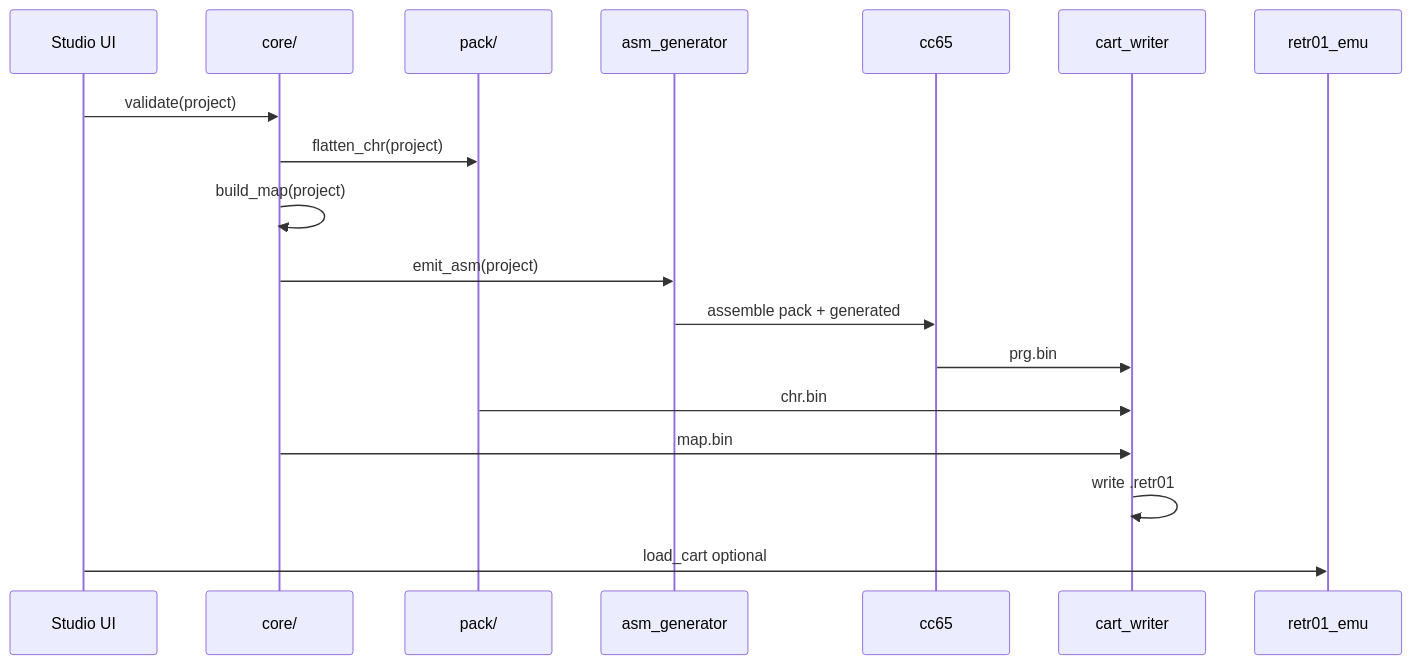
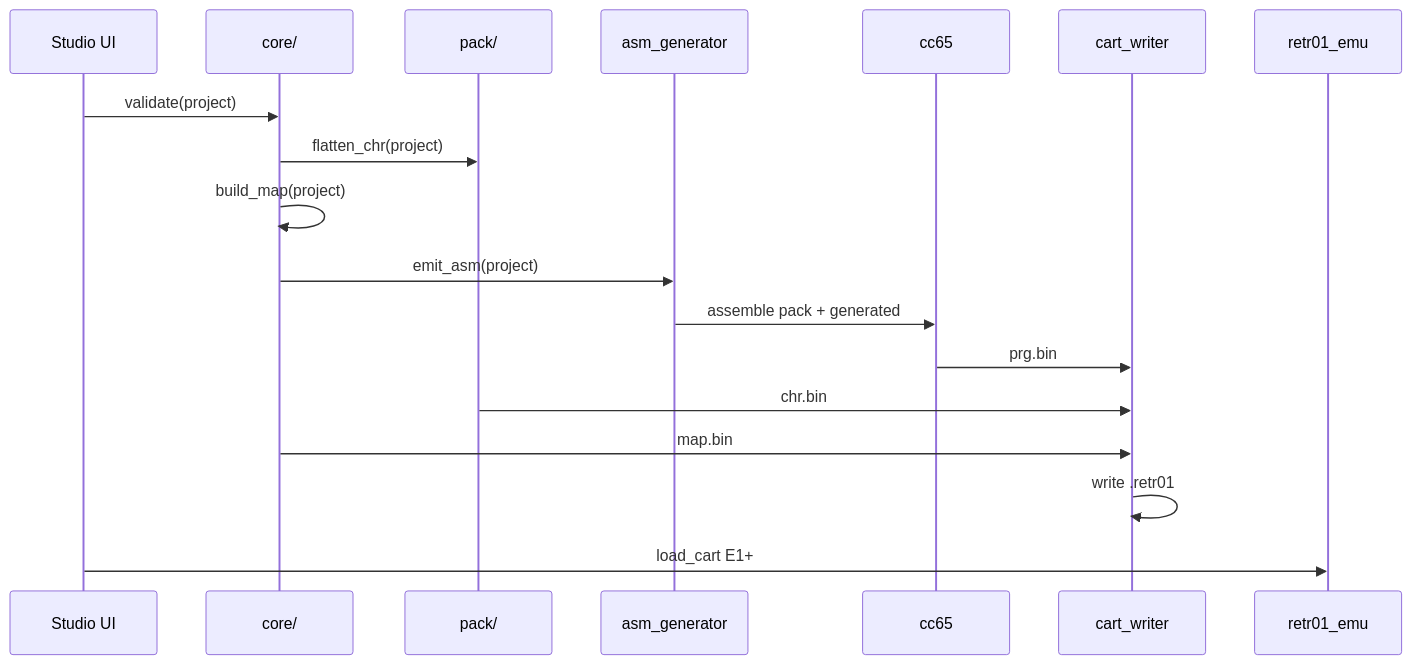
One commit to gustavostuff/retr01 changed the second of 2 diagrams in retr01_world_studio/planning/07_build_pipeline.md. Above: the diagram before and after it, drawn with Mermaid. The commit also changed other lines of this file and 7 other files, not shown here.

````diff
--- a/retr01_world_studio/planning/07_build_pipeline.md
+++ b/retr01_world_studio/planning/07_build_pipeline.md
@@ -36,21 +74,21 @@
 ```mermaid
 sequenceDiagram
   participant UI as Studio UI
   participant Core as core/
   participant Pack as pack/
   participant Gen as asm_generator
   participant CC65 as cc65
   participant Cart as cart_writer
   participant Emu as retr01_emu
 
   UI->>Core: validate(project)
   Core->>Pack: flatten_chr(project)
   Core->>Core: build_map(project)
   Core->>Gen: emit_asm(project)
   Gen->>CC65: assemble pack + generated
   CC65->>Cart: prg.bin
   Pack->>Cart: chr.bin
   Core->>Cart: map.bin
   Cart->>Cart: write .retr01
-  UI->>Emu: load_cart optional
+  UI->>Emu: load_cart E1+
 ```
````
